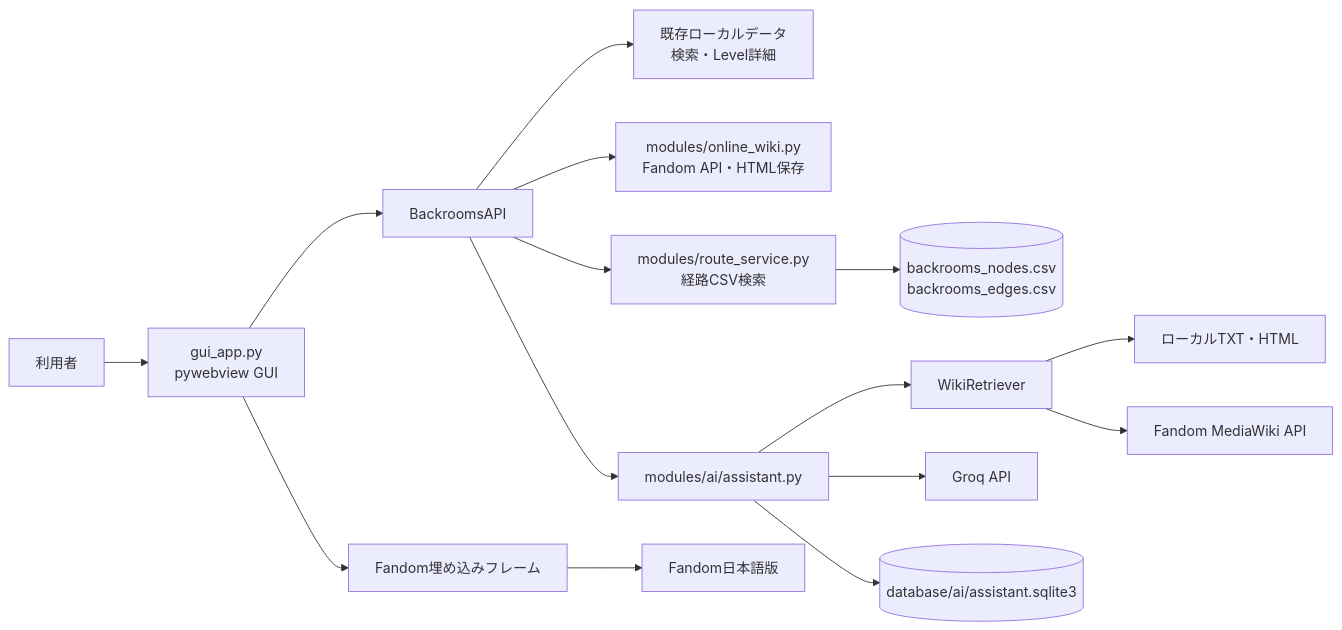
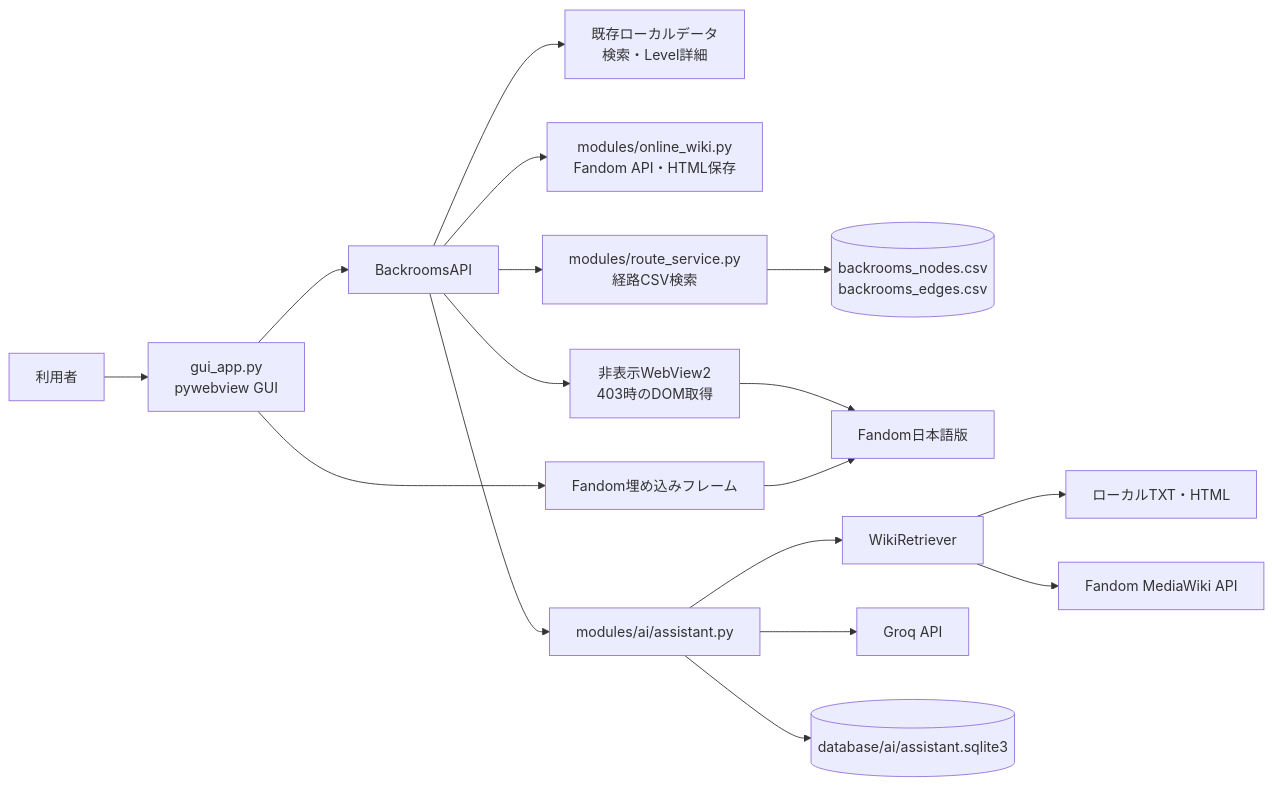
Before and after one commit to Suigetsu-Lium/BrNavi-FandomJP-GUI: the first of 3 diagrams in docs/architecture.md, drawn with Mermaid. The commit also changed other lines of this file and 17 other files, not shown here.

Commit message:
Unify level metadata and improve route and AI flows

````diff
--- a/docs/architecture.md
+++ b/docs/architecture.md
@@ -31,17 +31,19 @@
 ```mermaid
 flowchart LR
     User[利用者] --> UI[gui_app.py<br/>pywebview GUI]
     UI --> Bridge[BackroomsAPI]
     Bridge --> Local[既存ローカルデータ<br/>検索・Level詳細]
     Bridge --> Wiki[modules/online_wiki.py<br/>Fandom API・HTML保存]
     Bridge --> Route[modules/route_service.py<br/>経路CSV検索]
     Route --> RouteCSV[(backrooms_nodes.csv<br/>backrooms_edges.csv)]
     UI --> Frame[Fandom埋め込みフレーム]
     Frame --> Fandom[Fandom日本語版]
+    Bridge --> HiddenWebView[非表示WebView2<br/>403時のDOM取得]
+    HiddenWebView --> Fandom
     Bridge --> AI[modules/ai/assistant.py]
     AI --> Retriever[WikiRetriever]
     Retriever --> LocalWiki[ローカルTXT・HTML]
     Retriever --> FandomAPI[Fandom MediaWiki API]
     AI --> Groq[Groq API]
     AI --> SQLite[(database/ai/assistant.sqlite3)]
 ```
````
